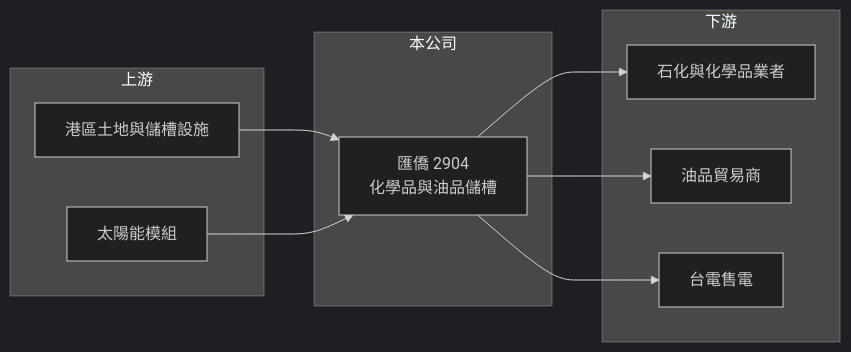
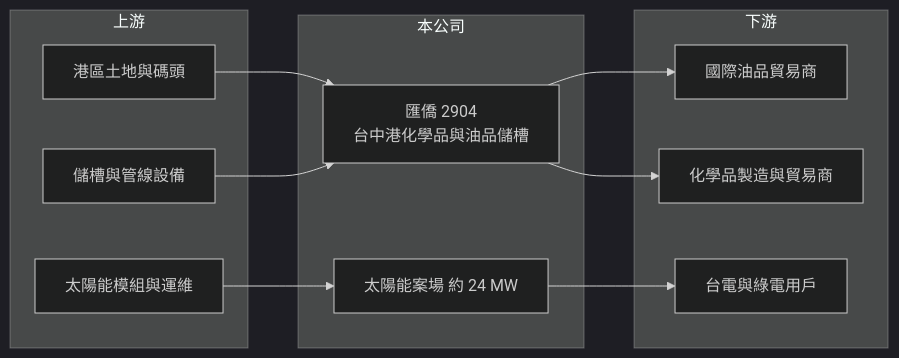
The second of 2 diagrams in 個股/台股/2904匯僑.md (wangnick1004/taiwan-stock-vault), drawn with Mermaid (dark theme) before and after one commit. The commit also changed other lines of this file and 12 other files, not shown here.

````diff
--- a/個股/台股/2904匯僑.md
+++ b/個股/台股/2904匯僑.md
@@ -85,20 +111,23 @@
 ```mermaid
 flowchart LR
     subgraph 上游
-        A1["港區土地與儲槽設施"]
-        A2["太陽能模組"]
+        A1["港區土地與碼頭"]
+        A2["儲槽與管線設備"]
+        A3["太陽能模組與運維"]
     end
     subgraph 本公司
-        B["匯僑 2904<br/>化學品與油品儲槽"]
+        B["匯僑 2904<br/>台中港化學品與油品儲槽"]
+        B2["太陽能案場 約 24 MW"]
     end
     subgraph 下游
-        C1["石化與化學品業者"]
-        C2["油品貿易商"]
-        C3["台電售電"]
+        C1["國際油品貿易商"]
+        C2["化學品製造與貿易商"]
+        C3["台電與綠電用戶"]
     end
     A1 --> B
     A2 --> B
+    A3 --> B2
     B --> C1
     B --> C2
-    B --> C3
+    B2 --> C3
 ```
````
